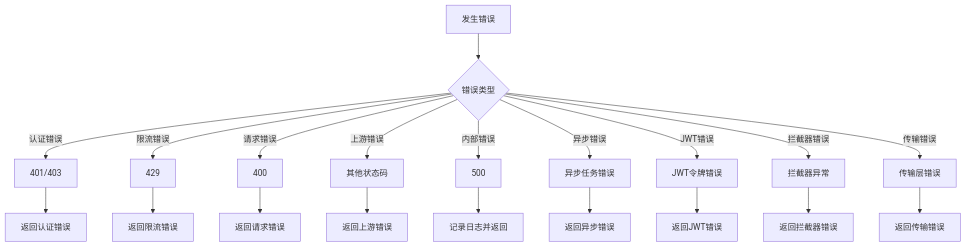
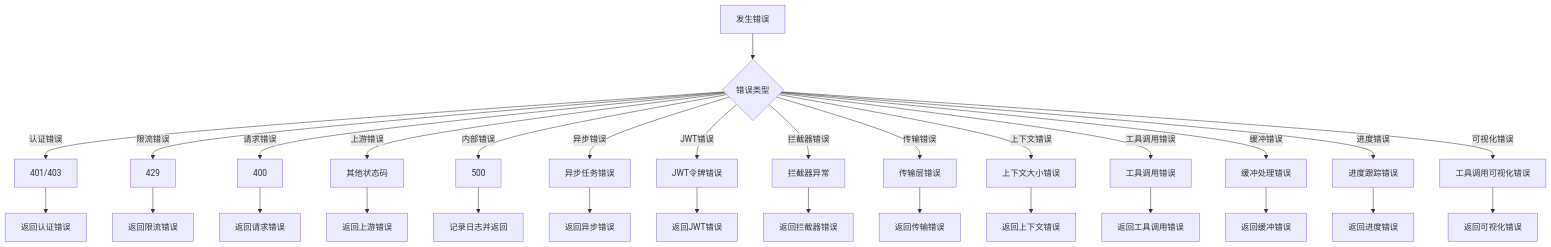
Before and after one commit to maomao94/zero-service: diagram 29 of 29 in .qoder/repowiki/zh/content/AI聊天服务迁移指南.md, drawn with Mermaid. The commit also changed other lines of this file and 48 other files, not shown here.

````diff
--- a/.qoder/repowiki/zh/content/AI聊天服务迁移指南.md
+++ b/.qoder/repowiki/zh/content/AI聊天服务迁移指南.md
@@ -1060,22 +1591,32 @@
 ```mermaid
 flowchart TD
 Error[发生错误] --> CheckType{错误类型}
 CheckType --> |认证错误| AuthError[401/403]
 CheckType --> |限流错误| RateLimit[429]
 CheckType --> |请求错误| BadRequest[400]
 CheckType --> |上游错误| Upstream[其他状态码]
 CheckType --> |内部错误| Internal[500]
 CheckType --> |异步错误| AsyncError[异步任务错误]
 CheckType --> |JWT错误| JWTErr[JWT令牌错误]
 CheckType --> |拦截器错误| InterceptorErr[拦截器异常]
 CheckType --> |传输错误| TransportErr[传输层错误]
+CheckType --> |上下文错误| ContextErr[上下文大小错误]
+CheckType --> |工具调用错误| ToolErr[工具调用错误]
+CheckType --> |缓冲错误| BufferErr[缓冲处理错误]
+CheckType --> |进度错误| ProgressErr[进度跟踪错误]
+CheckType --> |可视化错误| VisualErr[工具调用可视化错误]
 AuthError --> ReturnAuth[返回认证错误]
 RateLimit --> ReturnRate[返回限流错误]
 BadRequest --> ReturnBadReq[返回请求错误]
 Upstream --> ReturnUpstream[返回上游错误]
 Internal --> ReturnInternal[记录日志并返回]
 AsyncError --> ReturnAsyncErr[返回异步错误]
 JWTErr --> ReturnJWT[返回JWT错误]
 InterceptorErr --> ReturnInterceptor[返回拦截器错误]
 TransportErr --> ReturnTransport[返回传输错误]
+ContextErr --> ReturnContext[返回上下文错误]
+ToolErr --> ReturnTool[返回工具调用错误]
+BufferErr --> ReturnBuffer[返回缓冲错误]
+ProgressErr --> ReturnProgress[返回进度错误]
+VisualErr --> ReturnVisual[返回可视化错误]
 ```
````
